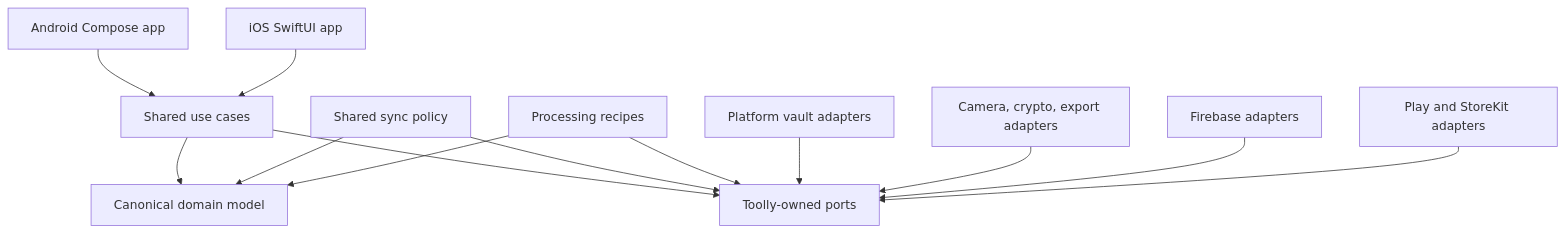
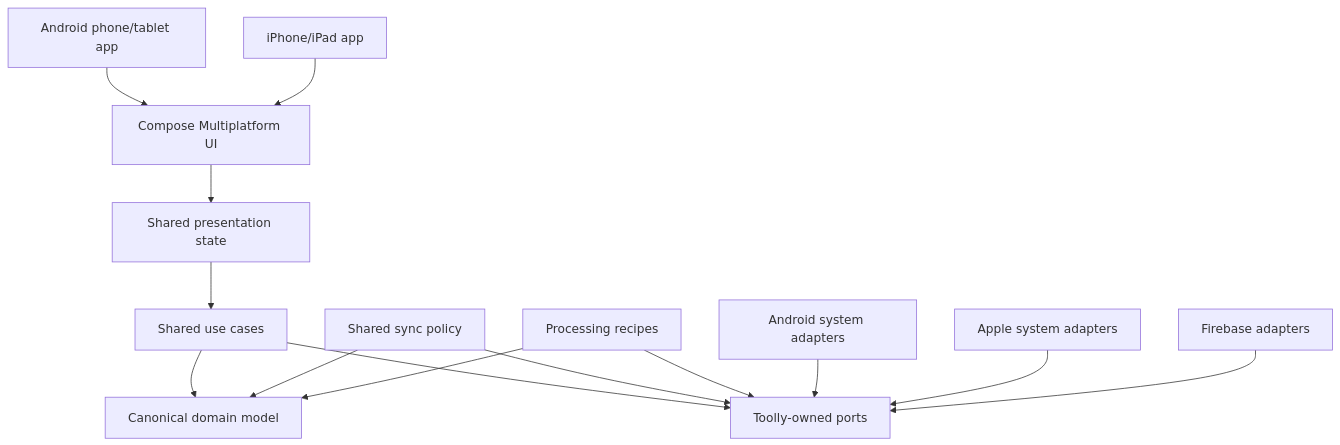
The first of 2 diagrams in docs/architecture/README.md (toollyscan/toolly-mobile), drawn with Mermaid before and after one commit. The commit also changed other lines of this file and 14 other files, not shown here.

````diff
--- a/docs/architecture/README.md
+++ b/docs/architecture/README.md
@@ -21,15 +25,16 @@
 ```mermaid
 graph TD
-    Android[Android Compose app] --> UseCases[Shared use cases]
-    IOS[iOS SwiftUI app] --> UseCases
+    Android[Android phone/tablet app] --> SharedUI[Compose Multiplatform UI]
+    IOS[iPhone/iPad app] --> SharedUI
+    SharedUI --> Presentation[Shared presentation state]
+    Presentation --> UseCases[Shared use cases]
     UseCases --> Domain[Canonical domain model]
     UseCases --> Ports[Toolly-owned ports]
     Sync[Shared sync policy] --> Domain
     Sync --> Ports
     Processing[Processing recipes] --> Domain
     Processing --> Ports
-    Vault[Platform vault adapters] --> Ports
-    Native[Camera, crypto, export adapters] --> Ports
+    AndroidAdapters[Android system adapters] --> Ports
+    AppleAdapters[Apple system adapters] --> Ports
     Firebase[Firebase adapters] --> Ports
-    Billing[Play and StoreKit adapters] --> Ports
 ```
````
